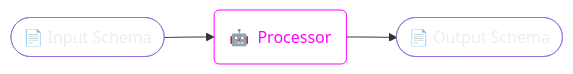
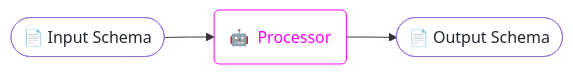
Before and after one commit to apollographql/specs-core: the second of 2 diagrams in core.spec.md, drawn with Mermaid. The commit also changed other lines of this file, not shown here.

````diff
--- a/core.spec.md
+++ b/core.spec.md
@@ -355,7 +354,7 @@
 ```mermaid diagram
 graph LR
   schema(["📄  Input Schema"]):::file-->proc("🤖 &nbsp;Processor")
   proc-->output(["📄  Output Schema"]):::file
-  classDef file fill:none,color:#eee;
+  classDef file fill:none,color:#22262E;
   style proc fill:none,stroke:fuchsia,color:fuchsia;
 ```
````
